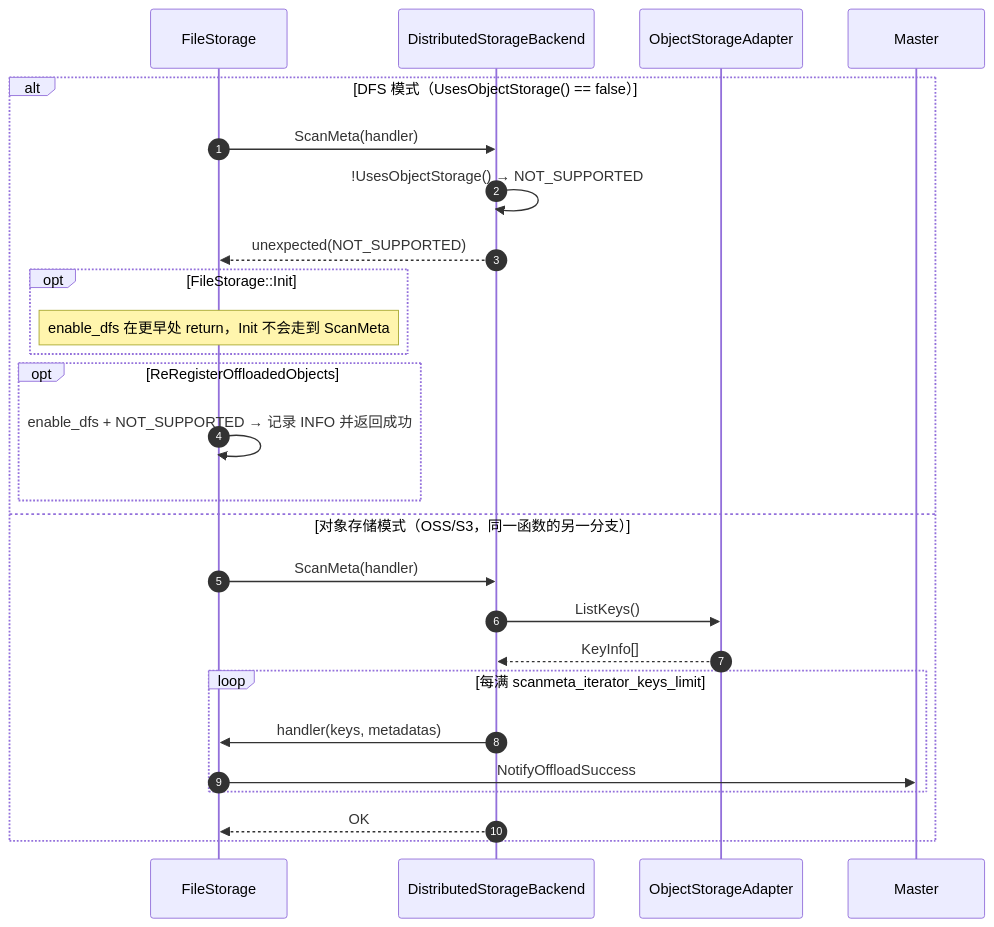
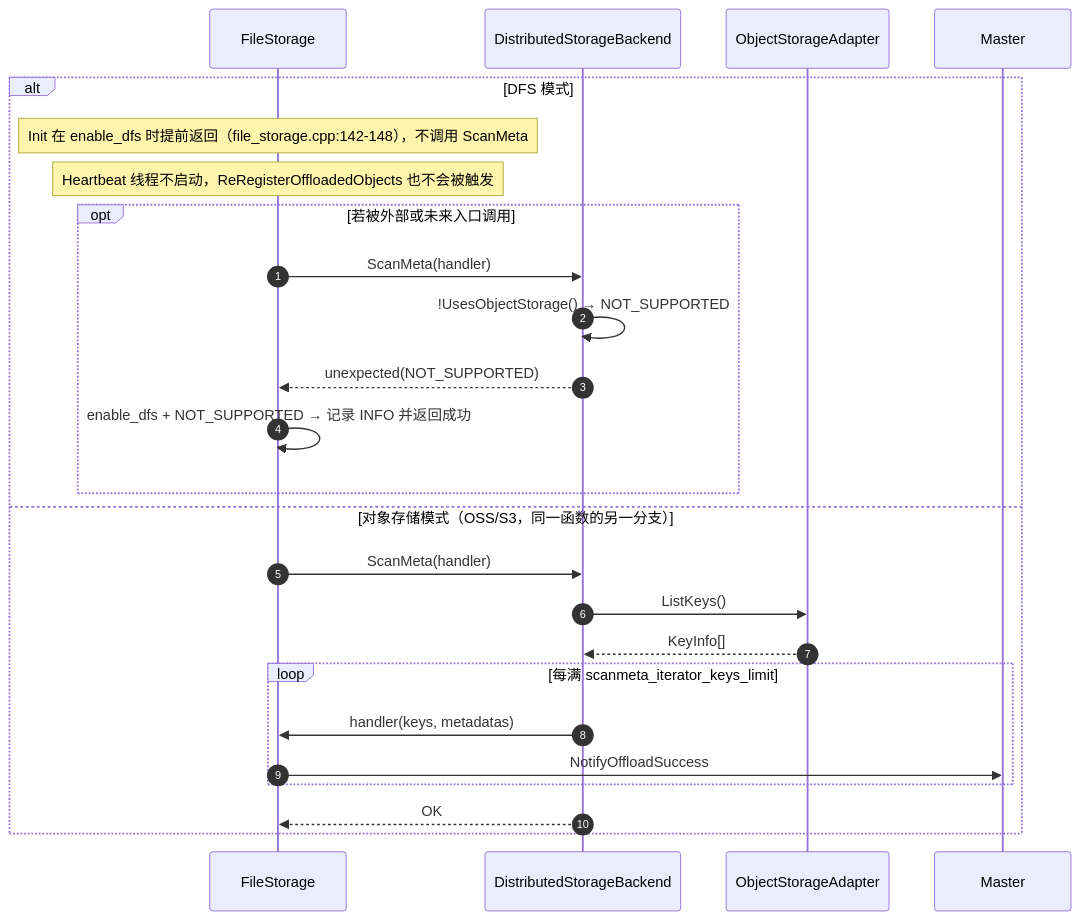
One commit to zwj20000328-dotcom/Mooncake-documents changed the tenth of 10 diagrams in Mooncake-DFS-五阶段类图与时序图.md. Above: the diagram before and after it, drawn with Mermaid. The commit also changed other lines of this file, not shown here.

Commit message:
modified:   Mooncake-DFS-五阶段类图与时序图.md

````diff
--- a/Mooncake-DFS-五阶段类图与时序图.md
+++ b/Mooncake-DFS-五阶段类图与时序图.md
@@ -648,29 +667,28 @@
 ```mermaid
 sequenceDiagram
     autonumber
     participant FS as FileStorage
     participant BE as DistributedStorageBackend
     participant OS as ObjectStorageAdapter
     participant MS as Master
 
-    alt DFS 模式（UsesObjectStorage() == false）
-        FS->>BE: ScanMeta(handler)
-        BE->>BE: !UsesObjectStorage() → NOT_SUPPORTED
-        BE-->>FS: unexpected(NOT_SUPPORTED)
-        opt FileStorage::Init
-            Note over FS: enable_dfs 在更早处 return，Init 不会走到 ScanMeta
-        end
-        opt ReRegisterOffloadedObjects
+    alt DFS 模式
+        Note over FS: Init 在 enable_dfs 时提前返回（file_storage.cpp:142-148），不调用 ScanMeta
+        Note over FS: Heartbeat 线程不启动，ReRegisterOffloadedObjects 也不会被触发
+        opt 若被外部或未来入口调用
+            FS->>BE: ScanMeta(handler)
+            BE->>BE: !UsesObjectStorage() → NOT_SUPPORTED
+            BE-->>FS: unexpected(NOT_SUPPORTED)
             FS->>FS: enable_dfs + NOT_SUPPORTED → 记录 INFO 并返回成功
         end
     else 对象存储模式（OSS/S3，同一函数的另一分支）
         FS->>BE: ScanMeta(handler)
         BE->>OS: ListKeys()
         OS-->>BE: KeyInfo[]
         loop 每满 scanmeta_iterator_keys_limit
             BE->>FS: handler(keys, metadatas)
             FS->>MS: NotifyOffloadSuccess
         end
         BE-->>FS: OK
     end
 ```
````
